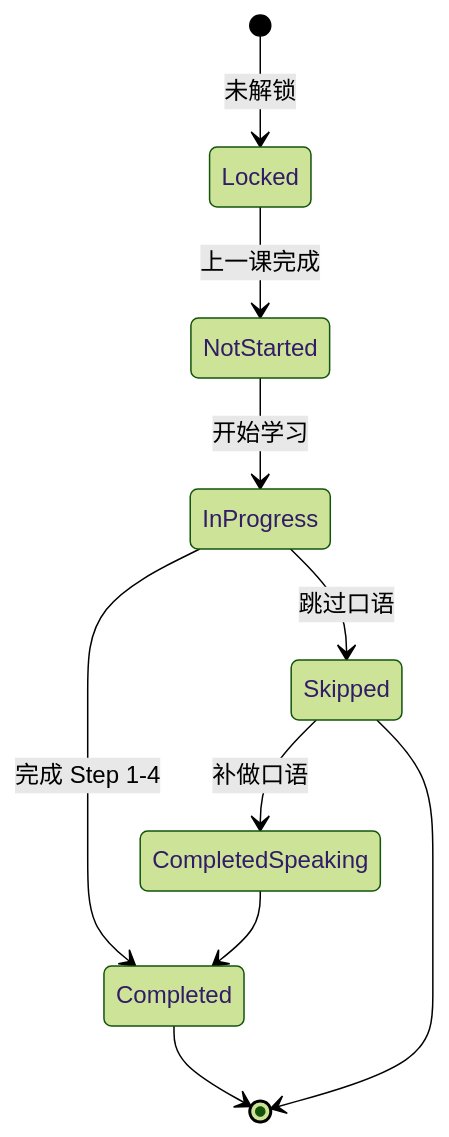
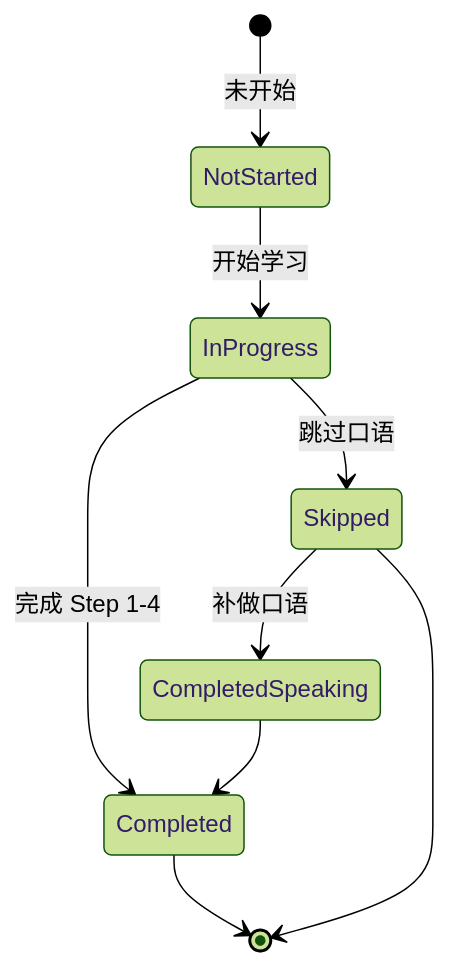
The third of 3 diagrams in docs/superpowers/specs/2026-07-01-bookshelf-course-list.md (belos-street/neo-concept), drawn with Mermaid (forest theme) before and after one commit. The commit also changed other lines of this file and 5 other files, not shown here.

````diff
--- a/docs/superpowers/specs/2026-07-01-bookshelf-course-list.md
+++ b/docs/superpowers/specs/2026-07-01-bookshelf-course-list.md
@@ -117,12 +105,11 @@
 ```mermaid
 stateDiagram-v2
-    [*] --> Locked: 未解锁
-    Locked --> NotStarted: 上一课完成
+    [*] --> NotStarted: 未开始
     NotStarted --> InProgress: 开始学习
     InProgress --> Completed: 完成 Step 1-4
     InProgress --> Skipped: 跳过口语
     Completed --> [*]
     Skipped --> CompletedSpeaking: 补做口语
     Skipped --> [*]
     CompletedSpeaking --> Completed
 ```
````
